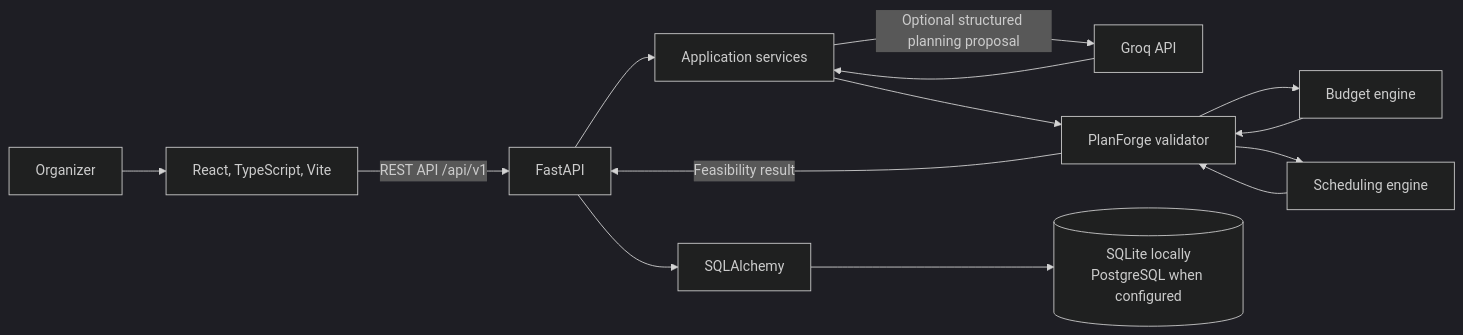
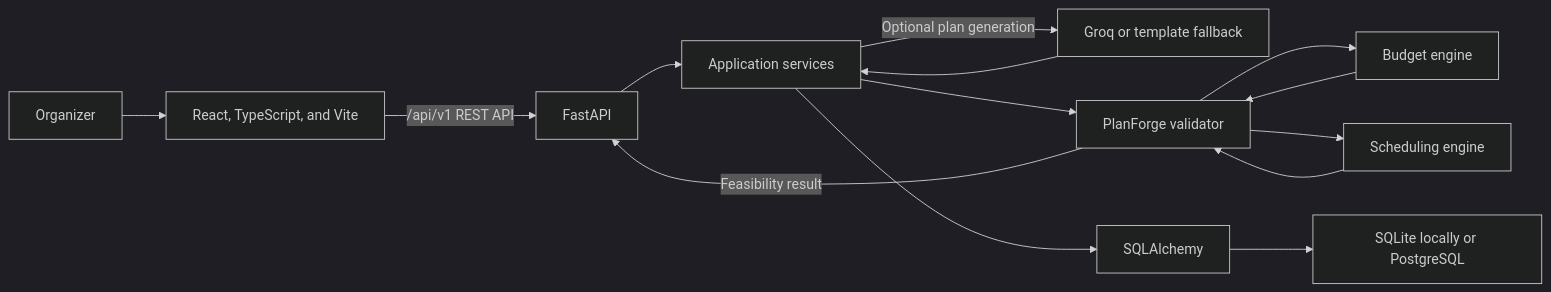
The second of 2 diagrams in README.md (sruthi-r-22/aventra), drawn with Mermaid (dark theme) before and after one commit. The commit also changed other lines of this file, not shown here.

Commit message:
Fix GitHub Mermaid diagram rendering

````diff
--- a/README.md
+++ b/README.md
@@ -113,16 +114,16 @@
 ```mermaid
 flowchart LR
-    U[Organizer] --> FE[React, TypeScript, Vite]
-    FE -->|REST API /api/v1| API[FastAPI]
-    API --> SVC[Application services]
-    SVC -->|Optional structured planning proposal| AI[Groq API]
-    AI --> SVC
-    SVC --> PF[PlanForge validator]
-    PF --> B[Budget engine]
-    PF --> T[Scheduling engine]
-    B --> PF
-    T --> PF
-    PF -->|Feasibility result| API
-    API --> ORM[SQLAlchemy]
-    ORM --> DB[(SQLite locally<br/>PostgreSQL when configured)]
+    organizer["Organizer"] --> frontend["React, TypeScript, and Vite"]
+    frontend -->|"/api/v1 REST API"| backend["FastAPI"]
+    backend --> services["Application services"]
+    services -->|Optional plan generation| groq["Groq or template fallback"]
+    groq --> services
+    services --> validator["PlanForge validator"]
+    validator --> budget["Budget engine"]
+    validator --> schedule["Scheduling engine"]
+    budget --> validator
+    schedule --> validator
+    validator -->|Feasibility result| backend
+    services --> orm["SQLAlchemy"]
+    orm --> database["SQLite locally or PostgreSQL"]
 ```
````
